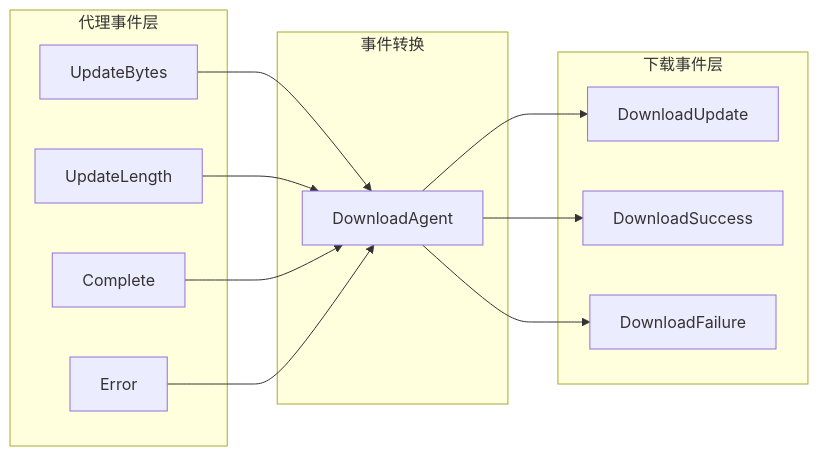
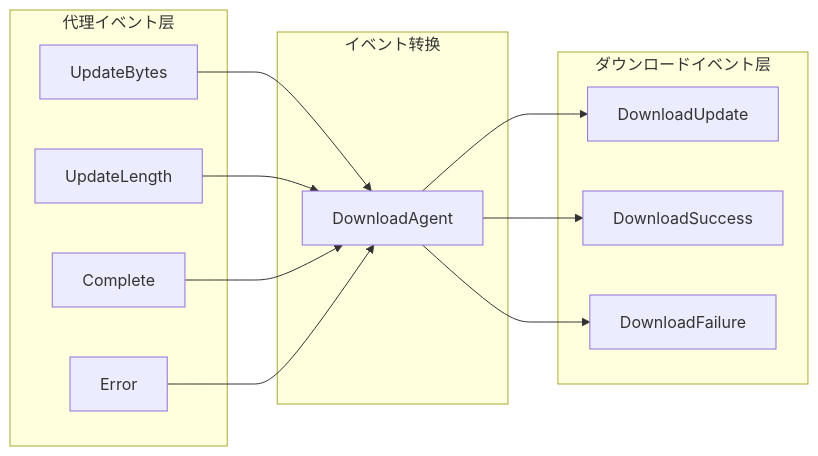
Before and after one commit to AlianBlank/GameFrameX.Docs: the third of 3 diagrams in docs/ja/client/unity/component/download/14.agent-events.md, drawn with Mermaid. The commit also changed other lines of this file and 603 other files, not shown here.

````diff
--- a/docs/ja/client/unity/component/download/14.agent-events.md
+++ b/docs/ja/client/unity/component/download/14.agent-events.md
@@ -235,28 +235,28 @@
 ```mermaid
 flowchart LR
-    subgraph AgentLayer["代理事件层"]
+    subgraph AgentLayer["代理イベント层"]
         A1[UpdateBytes]
         A2[UpdateLength]
         A3[Complete]
         A4[Error]
     end
 
-    subgraph Transform["事件转换"]
+    subgraph Transform["イベント转换"]
         T[DownloadAgent]
     end
 
-    subgraph DownloadLayer["下载事件层"]
+    subgraph DownloadLayer["ダウンロードイベント层"]
         D1[DownloadUpdate]
         D2[DownloadSuccess]
         D3[DownloadFailure]
     end
 
     A1 --> T
     A2 --> T
     A3 --> T
     A4 --> T
 
     T --> D1
     T --> D2
     T --> D3
 ```
````
